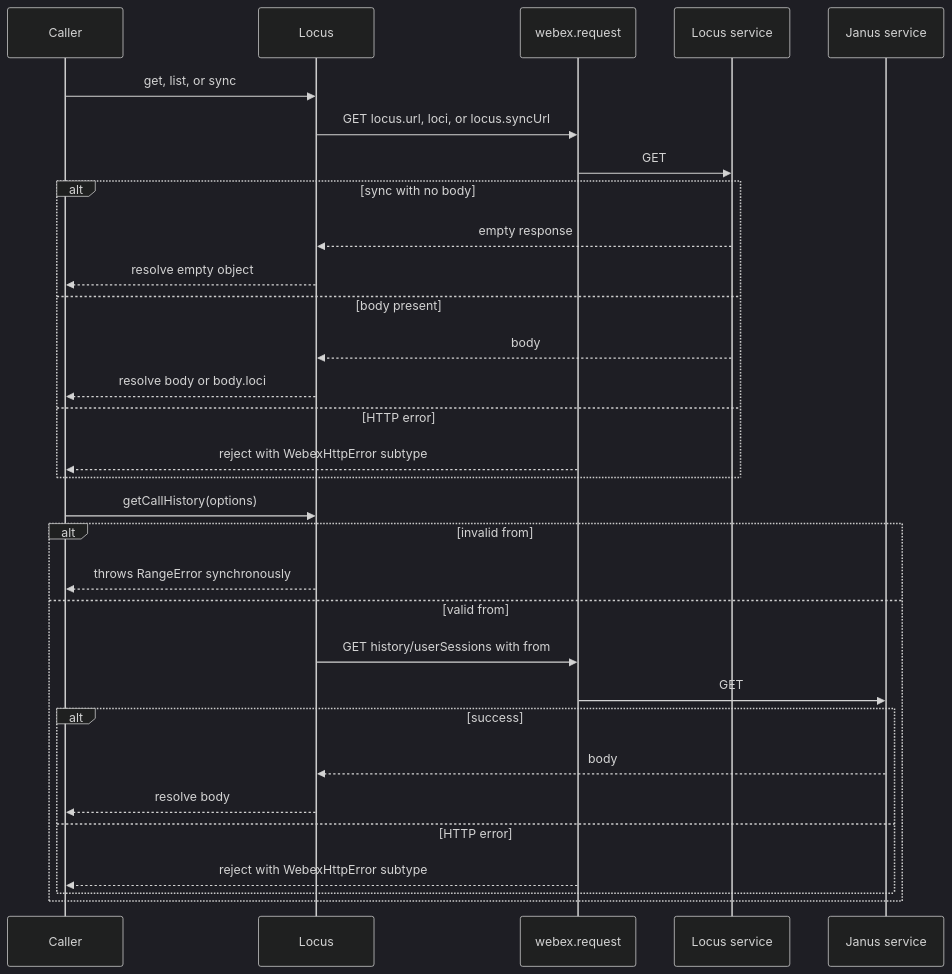
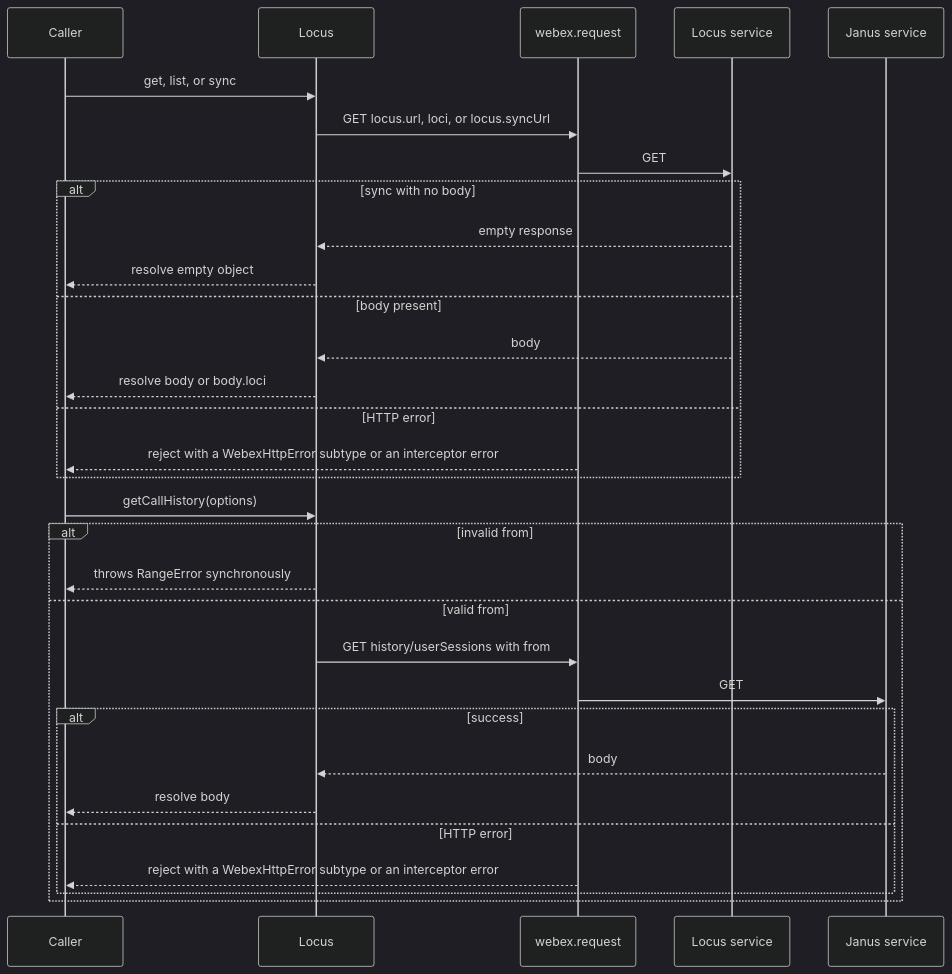
One commit to webex/webex-js-sdk changed the third of 5 diagrams in packages/@webex/internal-plugin-locus/src/docs/README.md. Above: the diagram before and after it, drawn with Mermaid (dark theme). The commit also changed other lines of this file and 3 other files, not shown here.

````diff
--- a/packages/@webex/internal-plugin-locus/src/docs/README.md
+++ b/packages/@webex/internal-plugin-locus/src/docs/README.md
@@ -260,33 +260,33 @@
 ```mermaid
 sequenceDiagram
   participant Caller
   participant Locus
   participant Request as webex.request
   participant LocusSvc as Locus service
   participant Janus as Janus service
   Caller->>Locus: get, list, or sync
   Locus->>Request: GET locus.url, loci, or locus.syncUrl
   Request->>LocusSvc: GET
   alt sync with no body
     LocusSvc-->>Locus: empty response
     Locus-->>Caller: resolve empty object
   else body present
     LocusSvc-->>Locus: body
     Locus-->>Caller: resolve body or body.loci
   else HTTP error
-    Request-->>Caller: reject with WebexHttpError subtype
+    Request-->>Caller: reject with a WebexHttpError subtype or an interceptor error
   end
   Caller->>Locus: getCallHistory(options)
   alt invalid from
     Locus-->>Caller: throws RangeError synchronously
   else valid from
     Locus->>Request: GET history/userSessions with from
     Request->>Janus: GET
     alt success
       Janus-->>Locus: body
       Locus-->>Caller: resolve body
     else HTTP error
-      Request-->>Caller: reject with WebexHttpError subtype
+      Request-->>Caller: reject with a WebexHttpError subtype or an interceptor error
     end
   end
 ```
````
